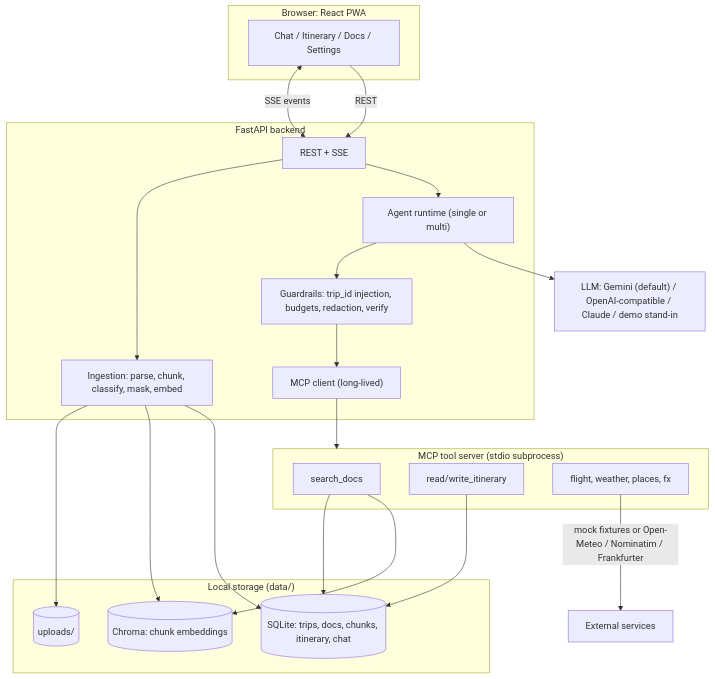
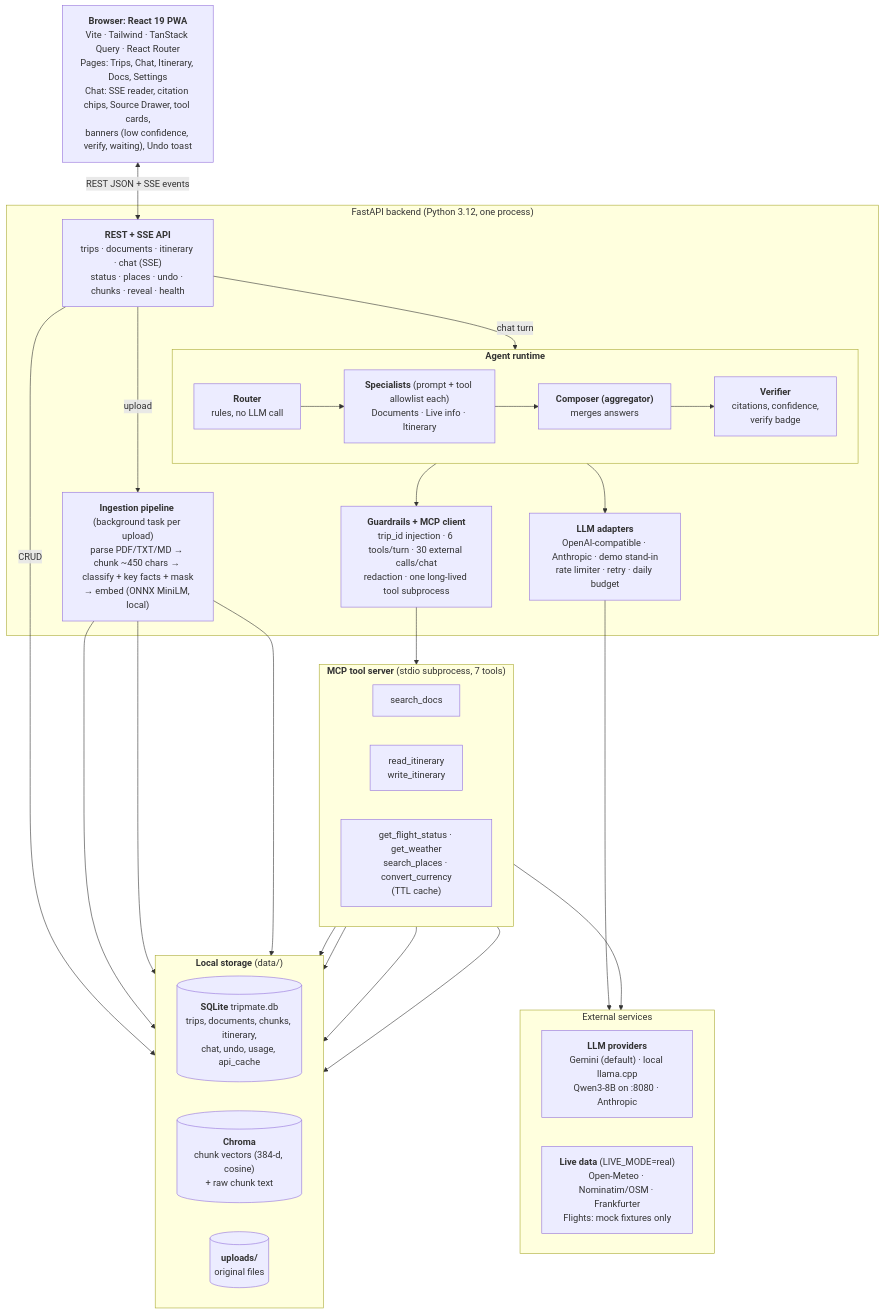
One commit to nitbaby/trip-mate changed the first of 3 diagrams in docs/ARCHITECTURE.md. Above: the diagram before and after it, drawn with Mermaid. The commit also changed other lines of this file, not shown here.

Commit message:
Architecture doc: current components, full block diagram, updated chat-turn and RAG flows, LLM layer, data model, config

````diff
--- a/docs/ARCHITECTURE.md
+++ b/docs/ARCHITECTURE.md
@@ -5,35 +8,51 @@
 ```mermaid
 flowchart TB
-  subgraph Browser["Browser: React PWA"]
-    UI["Chat / Itinerary / Docs / Settings"]
+  Client["<b>Browser: React 19 PWA</b><br/>Vite · Tailwind · TanStack Query · React Router<br/>Pages: Trips, Chat, Itinerary, Docs, Settings<br/>Chat: SSE reader, citation chips, Source Drawer, tool cards,<br/>banners (low confidence, verify, waiting), Undo toast"]
+
+  subgraph Backend["FastAPI backend (Python 3.12, one process)"]
+    REST["<b>REST + SSE API</b><br/>trips · documents · itinerary · chat (SSE)<br/>status · places · undo · chunks · reveal · health"]
+    Ingest["<b>Ingestion pipeline</b> (background task per upload)<br/>parse PDF/TXT/MD → chunk ~450 chars → classify + key facts + mask<br/>→ embed (ONNX MiniLM, local)"]
+    subgraph Runtime["<b>Agent runtime</b>"]
+      direction LR
+      Router["<b>Router</b><br/>rules, no LLM call"] --> Spec["<b>Specialists</b> (prompt + tool allowlist each)<br/>Documents · Live info · Itinerary"]
+      Spec --> Agg["<b>Composer (aggregator)</b><br/>merges answers"] --> Ver["<b>Verifier</b><br/>citations, confidence,<br/>verify badge"]
+    end
+    Guard["<b>Guardrails + MCP client</b><br/>trip_id injection · 6 tools/turn · 30 external calls/chat<br/>redaction · one long-lived tool subprocess"]
+    LLMA["<b>LLM adapters</b><br/>OpenAI-compatible · Anthropic · demo stand-in<br/>rate limiter · retry · daily budget"]
   end
-  subgraph Backend["FastAPI backend"]
-    API["REST + SSE"]
-    Agents["Agent runtime (single or multi)"]
-    Guard["Guardrails: trip_id injection, budgets, redaction, verify"]
-    MCPC["MCP client (long-lived)"]
-    Ingest["Ingestion: parse, chunk, classify, mask, embed"]
+
+  subgraph MCP["<b>MCP tool server</b> (stdio subprocess, 7 tools)"]
+    direction LR
+    T1["search_docs"]
+    T2["read_itinerary<br/>write_itinerary"]
+    T3["get_flight_status · get_weather<br/>search_places · convert_currency<br/>(TTL cache)"]
   end
-  subgraph Tools["MCP tool server (stdio subprocess)"]
-    T1["search_docs"]
-    T2["read/write_itinerary"]
-    T3["flight, weather, places, fx"]
+
+  subgraph Storage["<b>Local storage</b> (data/)"]
+    direction LR
+    SQL[("<b>SQLite</b> tripmate.db<br/>trips, documents, chunks, itinerary,<br/>chat, undo, usage, api_cache")]
+    CH[("<b>Chroma</b><br/>chunk vectors (384-d, cosine)<br/>+ raw chunk text")]
+    UP[("<b>uploads/</b><br/>original files")]
   end
-  subgraph Store["Local storage (data/)"]
-    SQL[("SQLite: trips, docs, chunks, itinerary, chat")]
-    VEC[("Chroma: chunk embeddings")]
-    FILES[("uploads/")]
+
+  subgraph Ext["External services"]
+    direction LR
+    LLMS["<b>LLM providers</b><br/>Gemini (default) · local llama.cpp<br/>Qwen3-8B on :8080 · Anthropic"]
+    LIVE["<b>Live data</b> (LIVE_MODE=real)<br/>Open-Meteo · Nominatim/OSM · Frankfurter<br/>Flights: mock fixtures only"]
   end
-  LLM["LLM: Gemini (default) / OpenAI-compatible / Claude / demo stand-in"]
-  UI -->|"REST"| API
-  UI <-->|"SSE events"| API
-  API --> Agents --> LLM
-  Agents --> Guard --> MCPC --> Tools
-  API --> Ingest --> SQL
-  Ingest --> VEC
-  Ingest --> FILES
-  T1 --> VEC
+
+  Client <-->|"REST JSON + SSE events"| REST
+  REST -->|"upload"| Ingest
+  REST -->|"chat turn"| Runtime
+  REST -->|"CRUD"| SQL
+  Ingest --> SQL
+  Ingest --> CH
+  Ingest --> UP
+  Runtime --> LLMA --> LLMS
+  Runtime --> Guard --> MCP
+  T1 --> CH
   T1 --> SQL
   T2 --> SQL
-  T3 -->|"mock fixtures or Open-Meteo / Nominatim / Frankfurter"| EXT["External services"]
+  T3 --> SQL
+  T3 --> LIVE
 ```
````
